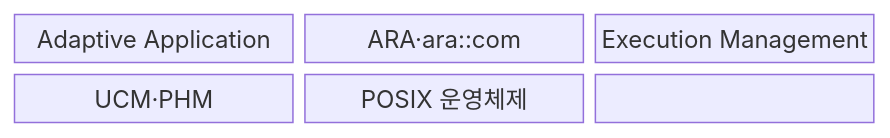
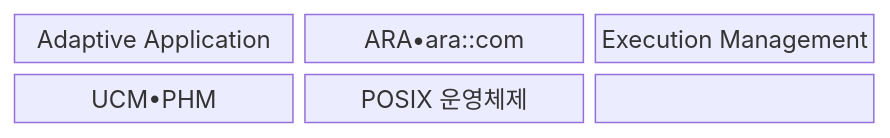
The first of 2 diagrams in src/content/docs/notes/08-latest-tech/206_autosar_adaptive.md (agnusdei1207/knowledge-base), drawn with Mermaid before and after one commit. The commit also changed other lines of this file and 953 other files, not shown here.

````diff
--- a/src/content/docs/notes/08-latest-tech/206_autosar_adaptive.md
+++ b/src/content/docs/notes/08-latest-tech/206_autosar_adaptive.md
@@ -68,11 +68,11 @@
 ```mermaid
 block-beta
   columns 3
   N0["Adaptive Application"]
-  N1["ARA·ara::com"]
+  N1["ARA•ara::com"]
   N2["Execution Management"]
-  N3["UCM·PHM"]
+  N3["UCM•PHM"]
   N4["POSIX 운영체제"]
   N0 --- N1 --- N2
   N2 --- N3 --- N4
 ```
````
